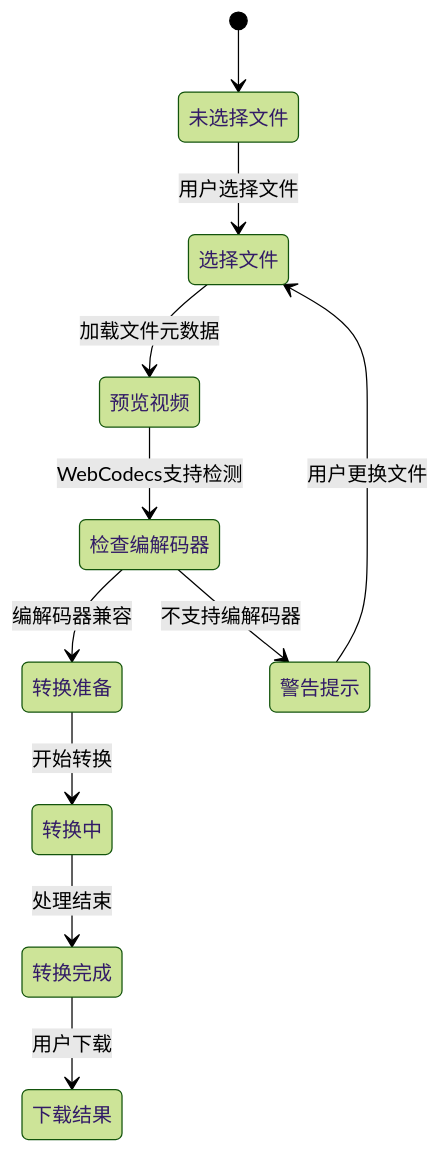
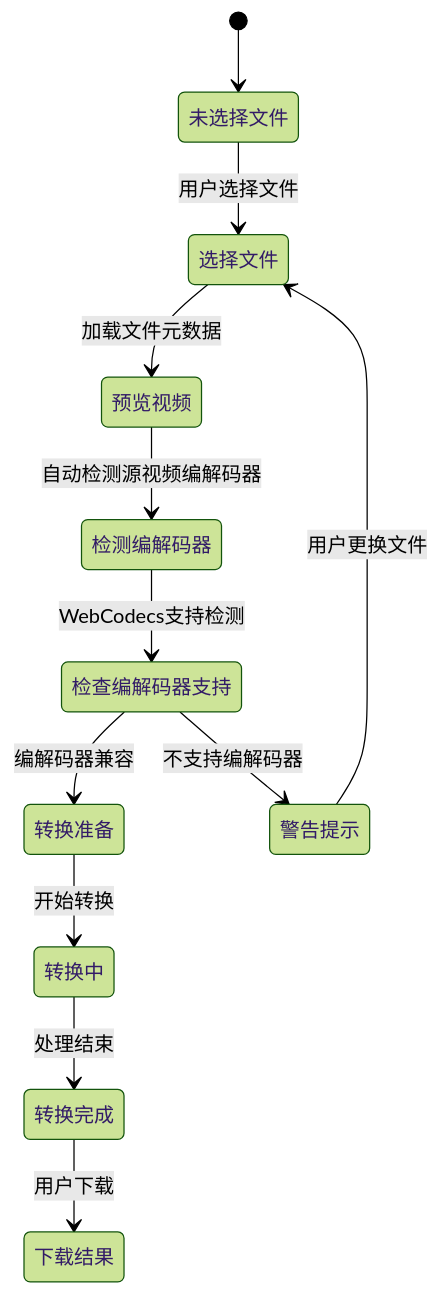
Before and after one commit to sgyy/privadeck: the tenth of 13 diagrams in .qoder/repowiki/zh/content/工具分类/视频处理工具/视频格式转换工具.md, drawn with Mermaid (forest theme). The commit also changed other lines of this file and 5 other files, not shown here.

````diff
--- a/.qoder/repowiki/zh/content/工具分类/视频处理工具/视频格式转换工具.md
+++ b/.qoder/repowiki/zh/content/工具分类/视频处理工具/视频格式转换工具.md
@@ -274,13 +352,14 @@
 ```mermaid
 stateDiagram-v2
 [*] --> 未选择文件
 未选择文件 --> 选择文件 : 用户选择文件
 选择文件 --> 预览视频 : 加载文件元数据
-预览视频 --> 检查编解码器 : WebCodecs支持检测
-检查编解码器 --> 转换准备 : 编解码器兼容
-检查编解码器 --> 警告提示 : 不支持编解码器
+预览视频 --> 检测编解码器 : 自动检测源视频编解码器
+检测编解码器 --> 检查编解码器支持 : WebCodecs支持检测
+检查编解码器支持 --> 转换准备 : 编解码器兼容
+检查编解码器支持 --> 警告提示 : 不支持编解码器
 转换准备 --> 转换中 : 开始转换
 转换中 --> 转换完成 : 处理结束
 警告提示 --> 选择文件 : 用户更换文件
 转换完成 --> 下载结果 : 用户下载
 ```
````
